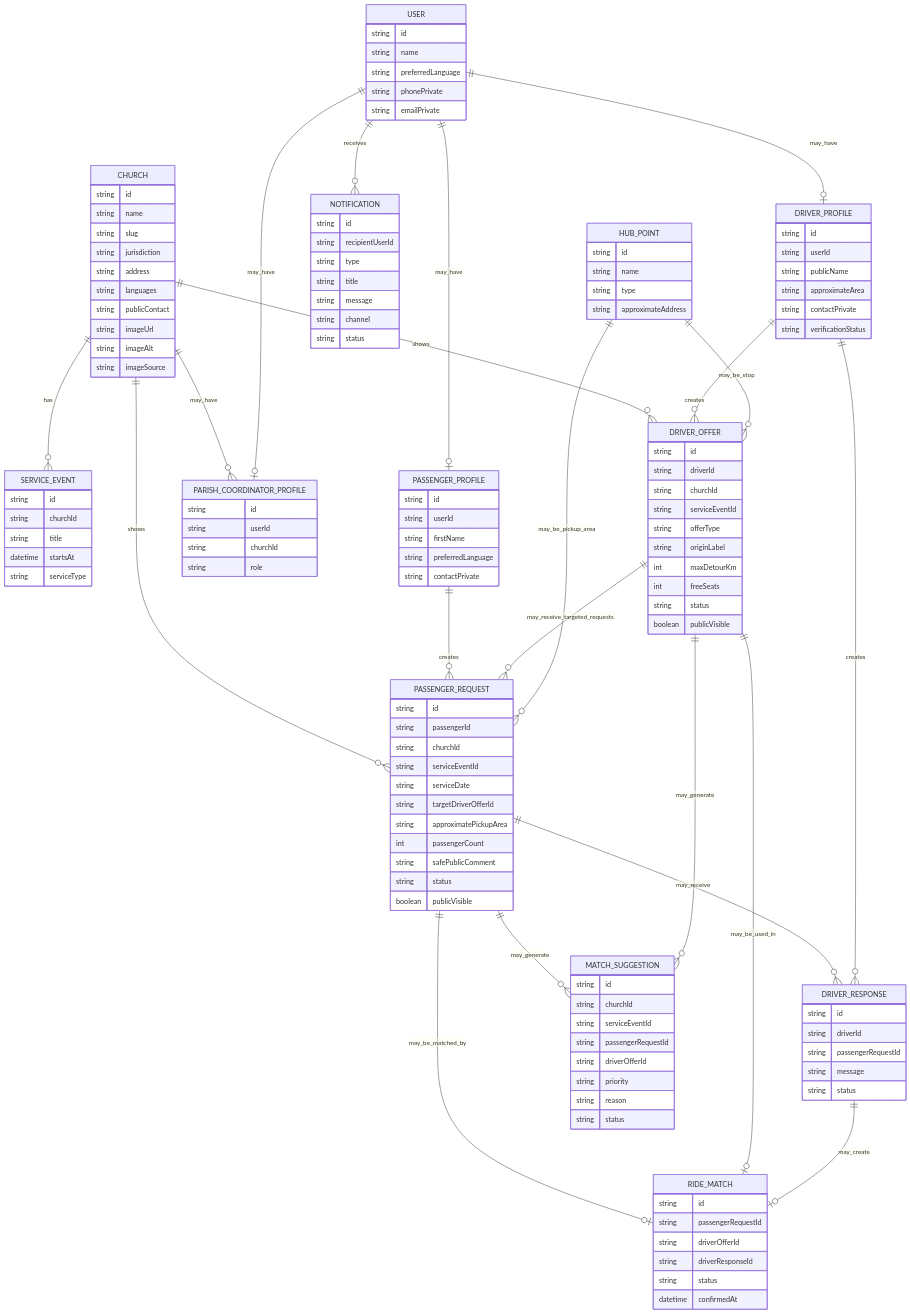
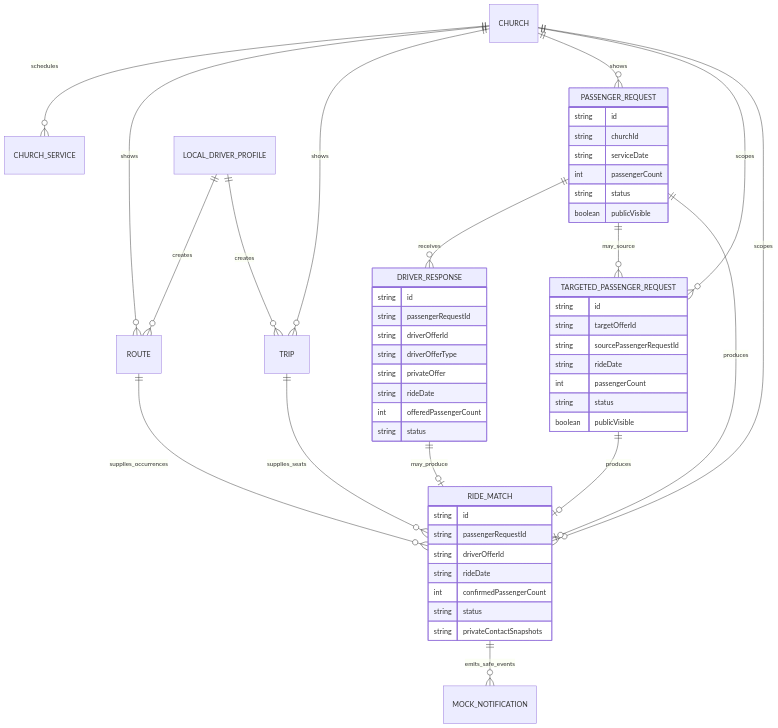
One commit to Agafanail/orthodox-routes changed the ninth of 18 diagrams in docs/PROJECT_MAP.md. Above: the diagram before and after it, drawn with Mermaid. The commit also changed other lines of this file and 37 other files, not shown here.

Commit message:
Complete RideMatch confirmation flows

````diff
--- a/docs/PROJECT_MAP.md
+++ b/docs/PROJECT_MAP.md
@@ -220,153 +203,57 @@
 ```mermaid
 erDiagram
-    CHURCH ||--o{ SERVICE_EVENT : has
-    CHURCH ||--o{ DRIVER_OFFER : shows
+    CHURCH ||--o{ CHURCH_SERVICE : schedules
+    CHURCH ||--o{ ROUTE : shows
+    CHURCH ||--o{ TRIP : shows
     CHURCH ||--o{ PASSENGER_REQUEST : shows
-    CHURCH ||--o{ PARISH_COORDINATOR_PROFILE : may_have
+    CHURCH ||--o{ TARGETED_PASSENGER_REQUEST : scopes
+    CHURCH ||--o{ RIDE_MATCH : scopes
 
-    USER ||--o| PASSENGER_PROFILE : may_have
-    USER ||--o| DRIVER_PROFILE : may_have
-    USER ||--o| PARISH_COORDINATOR_PROFILE : may_have
+    LOCAL_DRIVER_PROFILE ||--o{ ROUTE : creates
+    LOCAL_DRIVER_PROFILE ||--o{ TRIP : creates
+    PASSENGER_REQUEST ||--o{ DRIVER_RESPONSE : receives
+    PASSENGER_REQUEST ||--o{ TARGETED_PASSENGER_REQUEST : may_source
+    PASSENGER_REQUEST ||--o| RIDE_MATCH : produces
+    TARGETED_PASSENGER_REQUEST ||--o| RIDE_MATCH : produces
+    DRIVER_RESPONSE ||--o| RIDE_MATCH : may_produce
+    ROUTE ||--o{ RIDE_MATCH : supplies_occurrences
+    TRIP ||--o{ RIDE_MATCH : supplies_seats
+    RIDE_MATCH ||--o{ MOCK_NOTIFICATION : emits_safe_events
 
-    DRIVER_PROFILE ||--o{ DRIVER_OFFER : creates
-    PASSENGER_PROFILE ||--o{ PASSENGER_REQUEST : creates
-
-    DRIVER_OFFER ||--o{ PASSENGER_REQUEST : may_receive_targeted_requests
-    PASSENGER_REQUEST ||--o{ DRIVER_RESPONSE : may_receive
-    DRIVER_PROFILE ||--o{ DRIVER_RESPONSE : creates
-
-    PASSENGER_REQUEST ||--o| RIDE_MATCH : may_be_matched_by
-    DRIVER_OFFER ||--o| RIDE_MATCH : may_be_used_in
-    DRIVER_RESPONSE ||--o| RIDE_MATCH : may_create
-    PASSENGER_REQUEST ||--o{ MATCH_SUGGESTION : may_generate
-    DRIVER_OFFER ||--o{ MATCH_SUGGESTION : may_generate
-    USER ||--o{ NOTIFICATION : receives
-
-    HUB_POINT ||--o{ PASSENGER_REQUEST : may_be_pickup_area
-    HUB_POINT ||--o{ DRIVER_OFFER : may_be_stop
-
-    CHURCH {
-        string id
-        string name
-        string slug
-        string jurisdiction
-        string address
-        string languages
-        string publicContact
-        string imageUrl
-        string imageAlt
-        string imageSource
-    }
-
-    SERVICE_EVENT {
+    PASSENGER_REQUEST {
         string id
         string churchId
-        string title
-        datetime startsAt
-        string serviceType
-    }
-
-    USER {
-        string id
-        string name
-        string preferredLanguage
-        string phonePrivate
-        string emailPrivate
-    }
-
-    PASSENGER_PROFILE {
-        string id
-        string userId
-        string firstName
-        string preferredLanguage
-        string contactPrivate
-    }
-
-    DRIVER_PROFILE {
-        string id
-        string userId
-        string publicName
-        string approximateArea
-        string contactPrivate
-        string verificationStatus
-    }
-
-    DRIVER_OFFER {
-        string id
-        string driverId
-        string churchId
-        string serviceEventId
-        string offerType
-        string originLabel
-        int maxDetourKm
-        int freeSeats
+        string serviceDate
+        int passengerCount
         string status
         boolean publicVisible
     }
-
-    PASSENGER_REQUEST {
+    TARGETED_PASSENGER_REQUEST {
         string id
-        string passengerId
-        string churchId
-        string serviceEventId
-        string serviceDate
-        string targetDriverOfferId
-        string approximatePickupArea
+        string targetOfferId
+        string sourcePassengerRequestId
+        string rideDate
         int passengerCount
-        string safePublicComment
         string status
         boolean publicVisible
     }
-
     DRIVER_RESPONSE {
         string id
-        string driverId
         string passengerRequestId
-        string message
+        string driverOfferId
+        string driverOfferType
+        string privateOffer
+        string rideDate
+        int offeredPassengerCount
         string status
     }
-
-    MATCH_SUGGESTION {
-        string id
-        string churchId
-        string serviceEventId
-        string passengerRequestId
-        string driverOfferId
-        string priority
-        string reason
-        string status
-    }
-
-    NOTIFICATION {
-        string id
-        string recipientUserId
-        string type
-        string title
-        string message
-        string channel
-        string status
-    }
-
     RIDE_MATCH {
         string id
         string passengerRequestId
         string driverOfferId
-        string driverResponseId
+        string rideDate
+        int confirmedPassengerCount
         string status
-        datetime confirmedAt
-    }
-
-    HUB_POINT {
-        string id
-        string name
-        string type
-        string approximateAddress
-    }
-
-    PARISH_COORDINATOR_PROFILE {
-        string id
-        string userId
-        string churchId
-        string role
+        string privateContactSnapshots
     }
 ```
````
